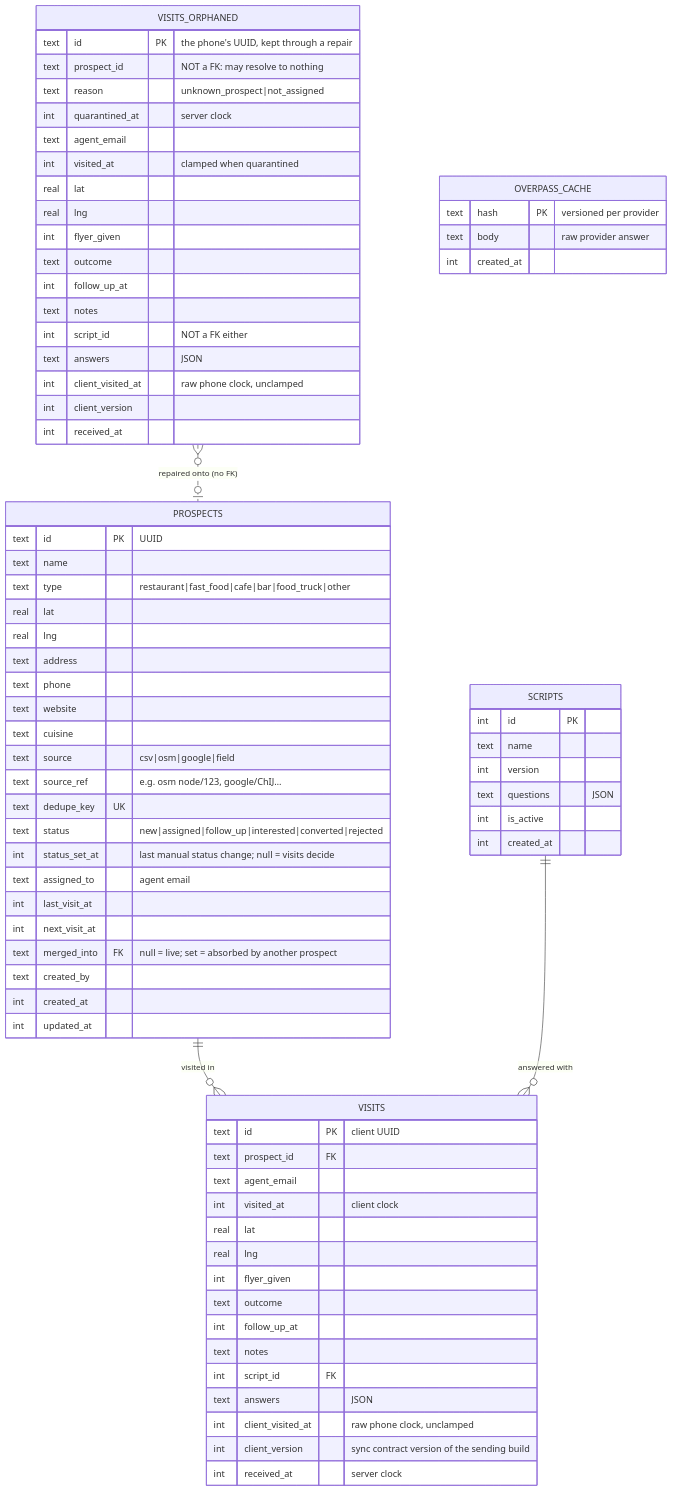
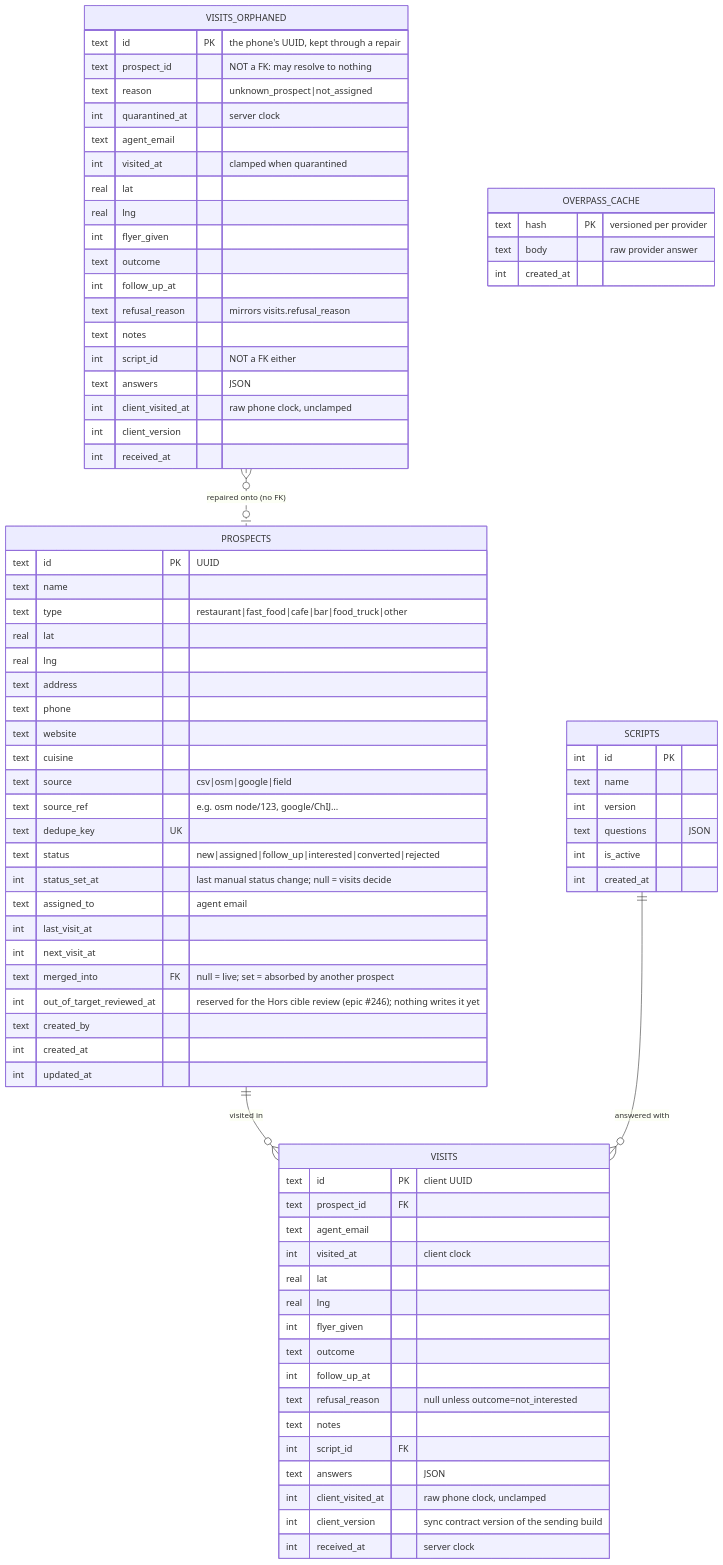
One commit to FixByteStudio/captain-prospectus changed the diagram in docs/data-model.md. Above: the diagram before and after it, drawn with Mermaid. The commit also changed 16 other files, not shown here.

````diff
--- a/docs/data-model.md
+++ b/docs/data-model.md
@@ -5,78 +5,81 @@
 ```mermaid
 erDiagram
   PROSPECTS ||--o{ VISITS : "visited in"
   SCRIPTS ||--o{ VISITS : "answered with"
   VISITS_ORPHANED }o..o| PROSPECTS : "repaired onto (no FK)"
   PROSPECTS {
     text id PK "UUID"
     text name
     text type "restaurant|fast_food|cafe|bar|food_truck|other"
     real lat
     real lng
     text address
     text phone
     text website
     text cuisine
     text source "csv|osm|google|field"
     text source_ref "e.g. osm node/123, google/ChIJ…"
     text dedupe_key UK
     text status "new|assigned|follow_up|interested|converted|rejected"
     int status_set_at "last manual status change; null = visits decide"
     text assigned_to "agent email"
     int last_visit_at
     int next_visit_at
     text merged_into FK "null = live; set = absorbed by another prospect"
+    int out_of_target_reviewed_at "reserved for the Hors cible review (epic #246); nothing writes it yet"
     text created_by
     int created_at
     int updated_at
   }
   VISITS {
     text id PK "client UUID"
     text prospect_id FK
     text agent_email
     int visited_at "client clock"
     real lat
     real lng
     int flyer_given
     text outcome
     int follow_up_at
+    text refusal_reason "null unless outcome=not_interested"
     text notes
     int script_id FK
     text answers "JSON"
     int client_visited_at "raw phone clock, unclamped"
     int client_version "sync contract version of the sending build"
     int received_at "server clock"
   }
   VISITS_ORPHANED {
     text id PK "the phone's UUID, kept through a repair"
     text prospect_id "NOT a FK: may resolve to nothing"
     text reason "unknown_prospect|not_assigned"
     int quarantined_at "server clock"
     text agent_email
     int visited_at "clamped when quarantined"
     real lat
     real lng
     int flyer_given
     text outcome
     int follow_up_at
+    text refusal_reason "mirrors visits.refusal_reason"
     text notes
     int script_id "NOT a FK either"
     text answers "JSON"
     int client_visited_at "raw phone clock, unclamped"
     int client_version
     int received_at
   }
   SCRIPTS {
     int id PK
     text name
     int version
     text questions "JSON"
     int is_active
     int created_at
   }
   OVERPASS_CACHE {
     text hash PK "versioned per provider"
     text body "raw provider answer"
     int created_at
   }
 ```
````
